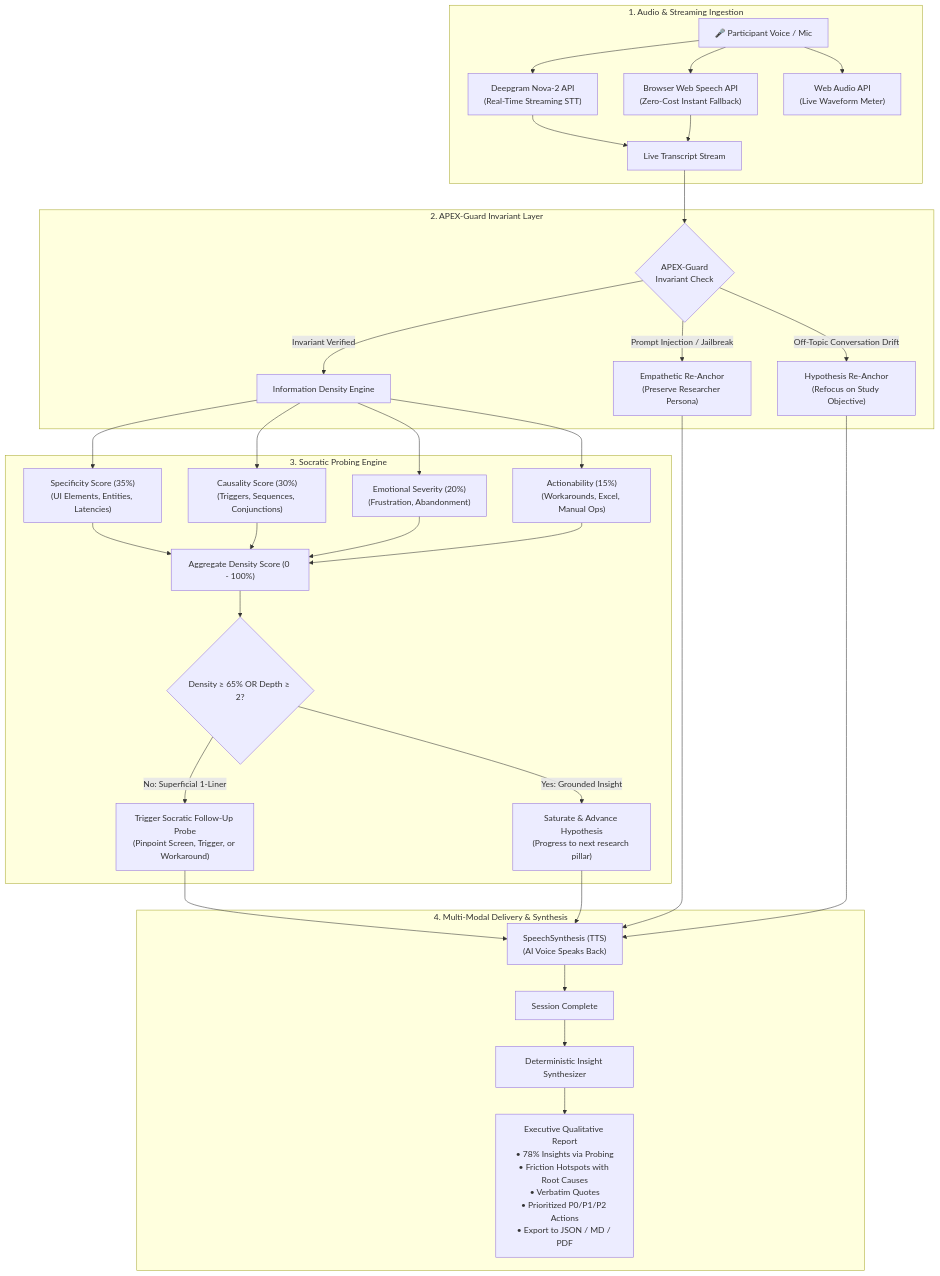
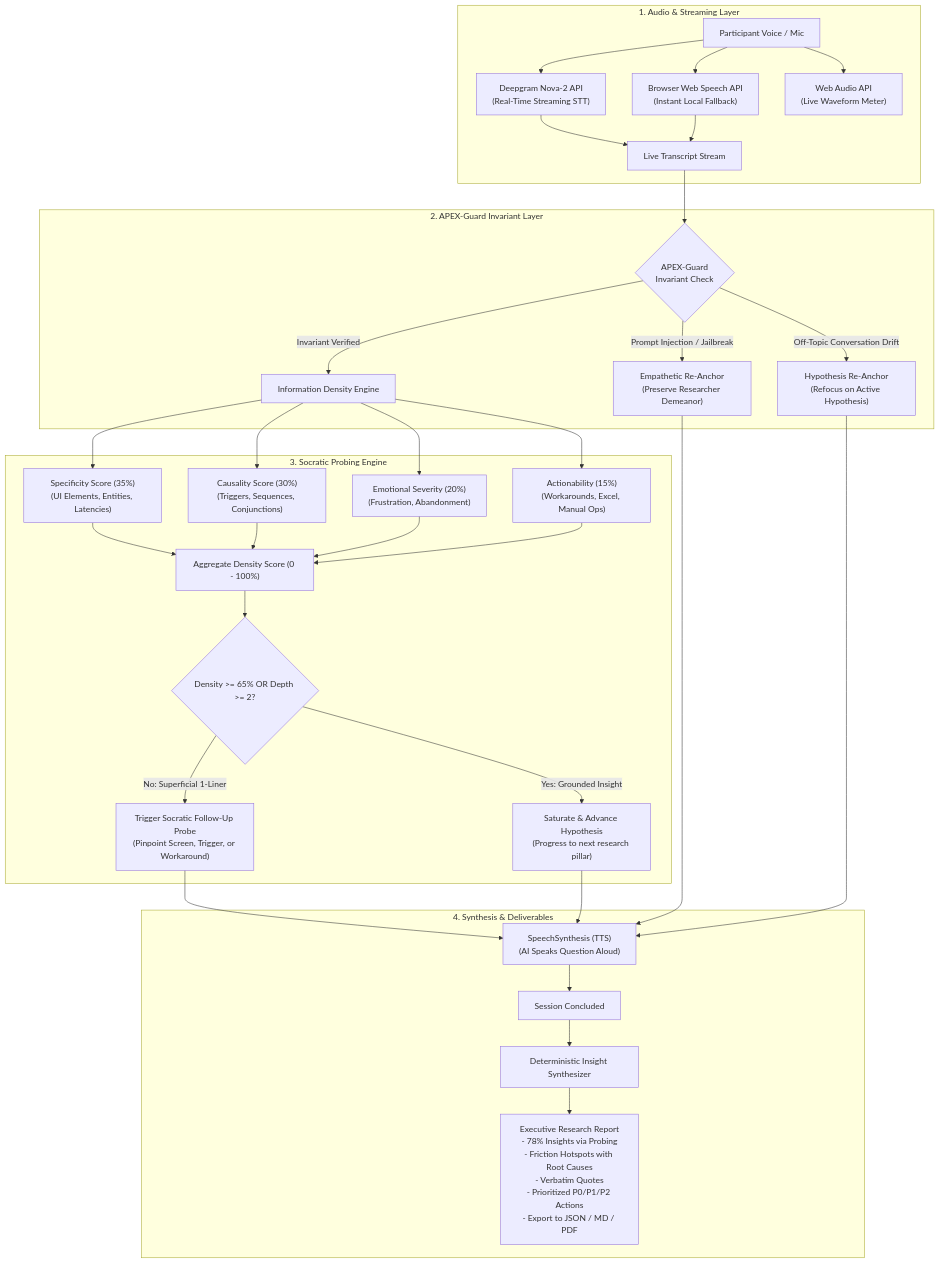
Before and after one commit to imshubham22apr-gif/conveo-depthprobe: the diagram in README.md, drawn with Mermaid. The commit also changed other lines of this file and 2 other files, not shown here.

````diff
--- a/README.md
+++ b/README.md
@@ -53,41 +38,41 @@
 ```mermaid
 flowchart TD
-    subgraph Input ["1. Audio & Streaming Ingestion"]
-        UserVoice["🎤 Participant Voice / Mic"] --> Deepgram["Deepgram Nova-2 API\n(Real-Time Streaming STT)"]
-        UserVoice --> WebSpeech["Browser Web Speech API\n(Zero-Cost Instant Fallback)"]
-        UserVoice --> Visualizer["Web Audio API\n(Live Waveform Meter)"]
+    subgraph AudioIngestion ["1. Audio & Streaming Layer"]
+        UserVoice["Participant Voice / Mic"] --> Deepgram["Deepgram Nova-2 API\n(Real-Time Streaming STT)"]
+        UserVoice --> WebSpeech["Browser Web Speech API\n(Instant Local Fallback)"]
+        UserVoice --> Waveform["Web Audio API\n(Live Waveform Meter)"]
         Deepgram --> Transcript["Live Transcript Stream"]
         WebSpeech --> Transcript
     end
 
-    subgraph Security ["2. APEX-Guard Invariant Layer"]
+    subgraph SecurityLayer ["2. APEX-Guard Invariant Layer"]
         Transcript --> Guard{"APEX-Guard\nInvariant Check"}
-        Guard -->|Prompt Injection / Jailbreak| GuardReAnchor["Empathetic Re-Anchor\n(Preserve Researcher Persona)"]
-        Guard -->|Off-Topic Conversation Drift| DriftReAnchor["Hypothesis Re-Anchor\n(Refocus on Study Objective)"]
+        Guard -->|Prompt Injection / Jailbreak| GuardReAnchor["Empathetic Re-Anchor\n(Preserve Researcher Demeanor)"]
+        Guard -->|Off-Topic Conversation Drift| DriftReAnchor["Hypothesis Re-Anchor\n(Refocus on Active Hypothesis)"]
         Guard -->|Invariant Verified| DensityEngine["Information Density Engine"]
     end
 
-    subgraph Core ["3. Socratic Probing Engine"]
+    subgraph ProbingCore ["3. Socratic Probing Engine"]
         DensityEngine --> Specificity["Specificity Score (35%)\n(UI Elements, Entities, Latencies)"]
         DensityEngine --> Causality["Causality Score (30%)\n(Triggers, Sequences, Conjunctions)"]
         DensityEngine --> Emotion["Emotional Severity (20%)\n(Frustration, Abandonment)"]
         DensityEngine --> Actionability["Actionability (15%)\n(Workarounds, Excel, Manual Ops)"]
         
         Specificity & Causality & Emotion & Actionability --> AggregateScore["Aggregate Density Score (0 - 100%)"]
         
-        AggregateScore --> Condition{"Density ≥ 65% OR Depth ≥ 2?"}
+        AggregateScore --> Condition{"Density >= 65% OR Depth >= 2?"}
         Condition -->|No: Superficial 1-Liner| SocraticProbe["Trigger Socratic Follow-Up Probe\n(Pinpoint Screen, Trigger, or Workaround)"]
         Condition -->|Yes: Grounded Insight| HypothesisAdvance["Saturate & Advance Hypothesis\n(Progress to next research pillar)"]
     end
 
-    subgraph Output ["4. Multi-Modal Delivery & Synthesis"]
-        SocraticProbe --> TTS["SpeechSynthesis (TTS)\n(AI Voice Speaks Back)"]
-        HypothesisAdvance --> TTS
-        GuardReAnchor --> TTS
-        DriftReAnchor --> TTS
+    subgraph DeliverySynthesis ["4. Synthesis & Deliverables"]
+        SocraticProbe --> VoiceOut["SpeechSynthesis (TTS)\n(AI Speaks Question Aloud)"]
+        HypothesisAdvance --> VoiceOut
+        GuardReAnchor --> VoiceOut
+        DriftReAnchor --> VoiceOut
         
-        TTS --> EndSession["Session Complete"]
+        VoiceOut --> EndSession["Session Concluded"]
         EndSession --> Synthesizer["Deterministic Insight Synthesizer"]
-        Synthesizer --> ExecDashboard["Executive Qualitative Report\n• 78% Insights via Probing\n• Friction Hotspots with Root Causes\n• Verbatim Quotes\n• Prioritized P0/P1/P2 Actions\n• Export to JSON / MD / PDF"]
+        Synthesizer --> ExecDashboard["Executive Research Report\n- 78% Insights via Probing\n- Friction Hotspots with Root Causes\n- Verbatim Quotes\n- Prioritized P0/P1/P2 Actions\n- Export to JSON / MD / PDF"]
     end
 ```
````
